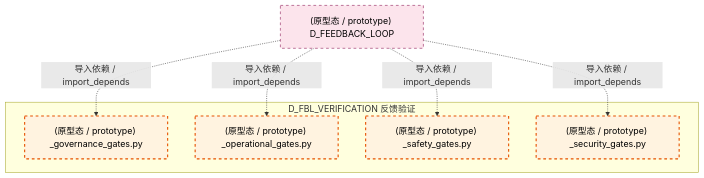
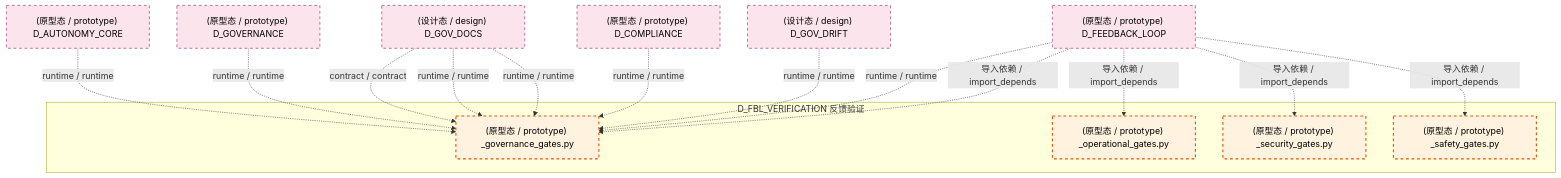
One commit to xuanFelixVan/ZephyrAlpha changed the fifth of 6 diagrams in docs/02_enterprise_architecture/02_domain_architecture_docs/13_d_fbl_verification.md. Above: the diagram before and after it, drawn with Mermaid. The commit also changed other lines of this file and 126 other files, not shown here.

````diff
--- a/docs/02_enterprise_architecture/02_domain_architecture_docs/13_d_fbl_verification.md
+++ b/docs/02_enterprise_architecture/02_domain_architecture_docs/13_d_fbl_verification.md
@@ -444,20 +445,33 @@
 ```mermaid
 graph TD
     subgraph D_FBL_VERIFICATION["D_FBL_VERIFICATION 反馈验证"]
         src_zephyr_feedback_loop_gates_governance_gates_py["(原型态 / prototype) _governance_gates.py"]
         src_zephyr_feedback_loop_gates_operational_gates_py["(原型态 / prototype) _operational_gates.py"]
         src_zephyr_feedback_loop_gates_safety_gates_py["(原型态 / prototype) _safety_gates.py"]
         src_zephyr_feedback_loop_gates_security_gates_py["(原型态 / prototype) _security_gates.py"]
     end
     D_FEEDBACK_LOOP["(原型态 / prototype) D_FEEDBACK_LOOP"]
     D_FEEDBACK_LOOP -.->|导入依赖 / import_depends| src_zephyr_feedback_loop_gates_safety_gates_py
     D_FEEDBACK_LOOP -.->|导入依赖 / import_depends| src_zephyr_feedback_loop_gates_security_gates_py
     D_FEEDBACK_LOOP -.->|导入依赖 / import_depends| src_zephyr_feedback_loop_gates_operational_gates_py
     D_FEEDBACK_LOOP -.->|导入依赖 / import_depends| src_zephyr_feedback_loop_gates_governance_gates_py
+    D_FEEDBACK_LOOP -.->|runtime / runtime| src_zephyr_feedback_loop_gates_governance_gates_py
+    D_GOV_DOCS["(设计态 / design) D_GOV_DOCS"]
+    D_GOV_DOCS -.->|runtime / runtime| src_zephyr_feedback_loop_gates_governance_gates_py
+    D_GOV_DRIFT["(设计态 / design) D_GOV_DRIFT"]
+    D_GOV_DRIFT -.->|runtime / runtime| src_zephyr_feedback_loop_gates_governance_gates_py
+    D_COMPLIANCE["(原型态 / prototype) D_COMPLIANCE"]
+    D_COMPLIANCE -.->|runtime / runtime| src_zephyr_feedback_loop_gates_governance_gates_py
+    D_GOVERNANCE["(原型态 / prototype) D_GOVERNANCE"]
+    D_GOVERNANCE -.->|runtime / runtime| src_zephyr_feedback_loop_gates_governance_gates_py
+    D_GOV_DOCS -.->|runtime / runtime| src_zephyr_feedback_loop_gates_governance_gates_py
+    D_GOV_DOCS -.->|contract / contract| src_zephyr_feedback_loop_gates_governance_gates_py
+    D_AUTONOMY_CORE["(原型态 / prototype) D_AUTONOMY_CORE"]
+    D_AUTONOMY_CORE -.->|runtime / runtime| src_zephyr_feedback_loop_gates_governance_gates_py
     classDef production fill:#e1f5fe,stroke:#01579b,stroke-width:2px,color:#000
     classDef design fill:#fff3e0,stroke:#e65100,stroke-width:2px,color:#000,stroke-dasharray: 5 5
     classDef external_prod fill:#e8f5e9,stroke:#1b5e20,stroke-width:1px,color:#000
     classDef external_design fill:#fce4ec,stroke:#880e4f,stroke-width:1px,color:#000,stroke-dasharray: 5 5
     class src_zephyr_feedback_loop_gates_governance_gates_py,src_zephyr_feedback_loop_gates_operational_gates_py,src_zephyr_feedback_loop_gates_safety_gates_py,src_zephyr_feedback_loop_gates_security_gates_py design
-    class D_FEEDBACK_LOOP external_design
+    class D_FEEDBACK_LOOP,D_GOV_DOCS,D_GOV_DRIFT,D_COMPLIANCE,D_GOVERNANCE,D_AUTONOMY_CORE external_design
 ```
````
